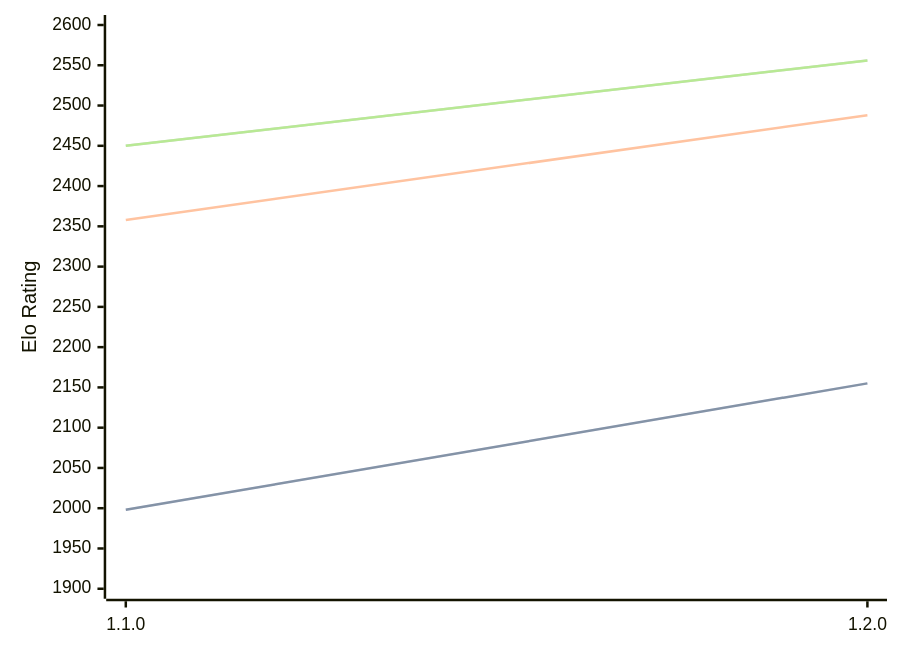
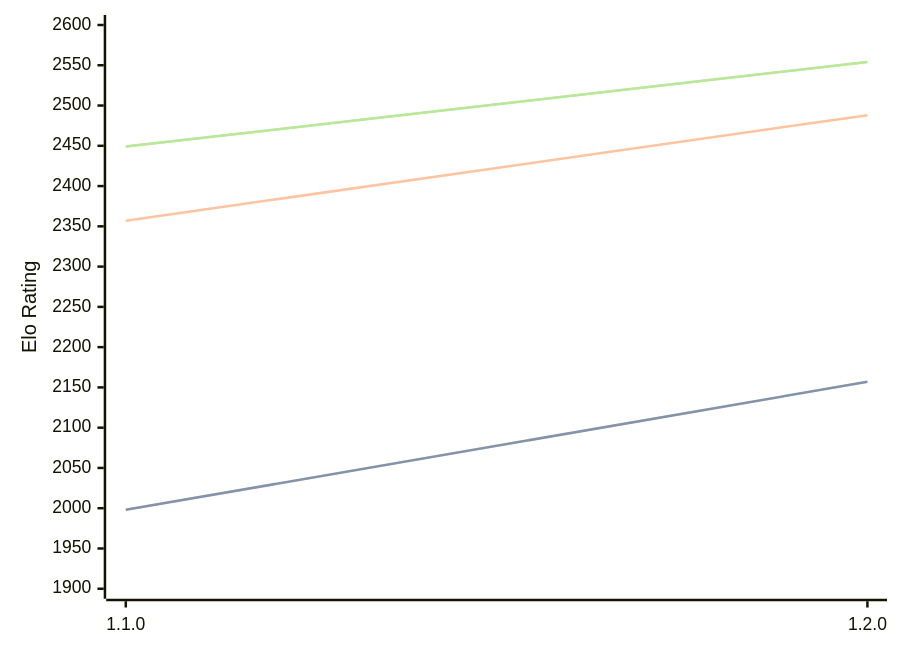
One commit to computer-chess-index/cci changed the diagram in engines/Gyatso.md. Above: the diagram before and after it, drawn with Mermaid. The commit also changed other lines of this file, not shown here.

Commit message:
Update CCI Ratings (ELO VLTC) - 2026-03-17

````diff
--- a/engines/Gyatso.md
+++ b/engines/Gyatso.md
@@ -31,11 +31,11 @@
 ```mermaid
 %%{init: {"theme":"base","themeVariables":{"seriesColors:['#a3a3a3','#222221','#faa371']}}}%%
 xychart-beta
   x-axis ["1.1.0", "1.2.0"]
   y-axis "Elo Rating" 1900 --> 2600
-  line "STC (8.0+0.08s)" [1998, 2155]
-  line "STC (8.0+0.08s)" [1998, 2155]
-  line "LTC (60.0+0.60s)" [2358, 2488]
-  line "VLTC (2m24s+1.12s)" [2450, 2556]
-  line "VLTC (2m24s+1.12s)" [2450, 2556]
+  line "STC (8.0+0.08s)" [1998, 2157]
+  line "STC (8.0+0.08s)" [1998, 2157]
+  line "LTC (60.0+0.60s)" [2357, 2488]
+  line "VLTC (2m24s+1.12s)" [2449, 2554]
+  line "VLTC (2m24s+1.12s)" [2449, 2554]
 ```
````
